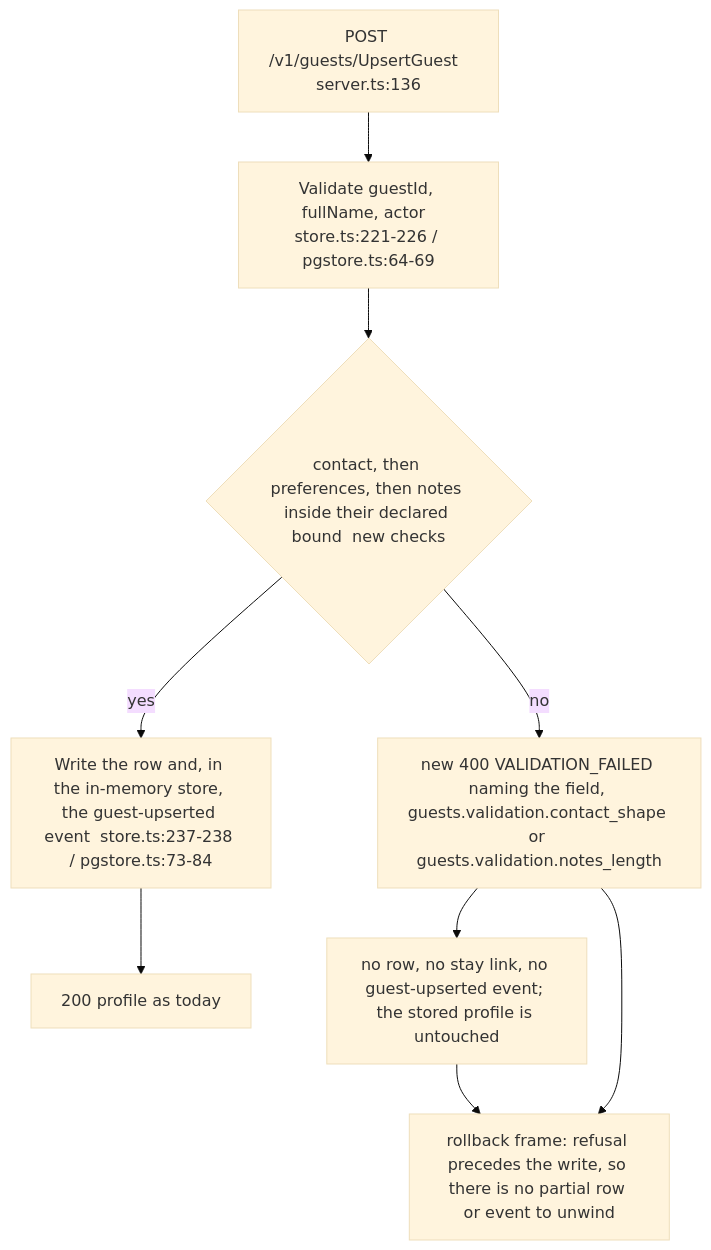
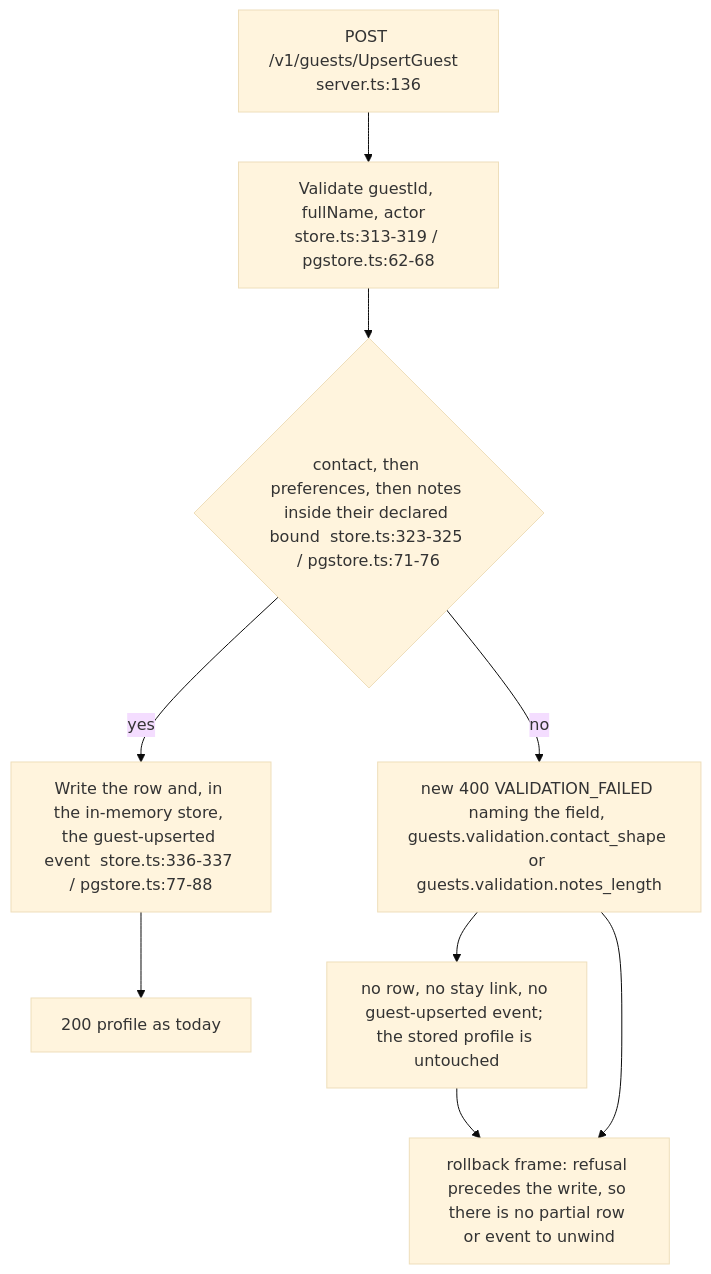
One commit to MingChen1501/hotel-mgmt changed diagram 54 of 55 in docs/architecture/lld.md. Above: the diagram before and after it, drawn with Mermaid (base theme). The commit also changed other lines of this file and 19 other files, not shown here.

First line of the commit message:
fix(guests): Refuse ambiguous guest names and bound guest payloads (#733)

````diff
--- a/docs/architecture/lld.md
+++ b/docs/architecture/lld.md
@@ -6682,11 +6704,11 @@
 ```mermaid
 flowchart TD
-    A[POST /v1/guests/UpsertGuest  server.ts:136] --> B[Validate guestId, fullName, actor  store.ts:221-226 / pgstore.ts:64-69]
-    B --> C{contact, then preferences, then notes inside their declared bound  new checks}
-    C -->|yes| D[Write the row and, in the in-memory store, the guest-upserted event  store.ts:237-238 / pgstore.ts:73-84]
+    A[POST /v1/guests/UpsertGuest  server.ts:136] --> B[Validate guestId, fullName, actor  store.ts:313-319 / pgstore.ts:62-68]
+    B --> C{contact, then preferences, then notes inside their declared bound  store.ts:323-325 / pgstore.ts:71-76}
+    C -->|yes| D[Write the row and, in the in-memory store, the guest-upserted event  store.ts:336-337 / pgstore.ts:77-88]
     C -->|no| R[new 400 VALIDATION_FAILED naming the field, guests.validation.contact_shape or guests.validation.notes_length]
     R --> N[no row, no stay link, no guest-upserted event; the stored profile is untouched]
     D --> O[200 profile as today]
     R --> N2[rollback frame: refusal precedes the write, so there is no partial row or event to unwind]
     N --> N2
 ```
````
